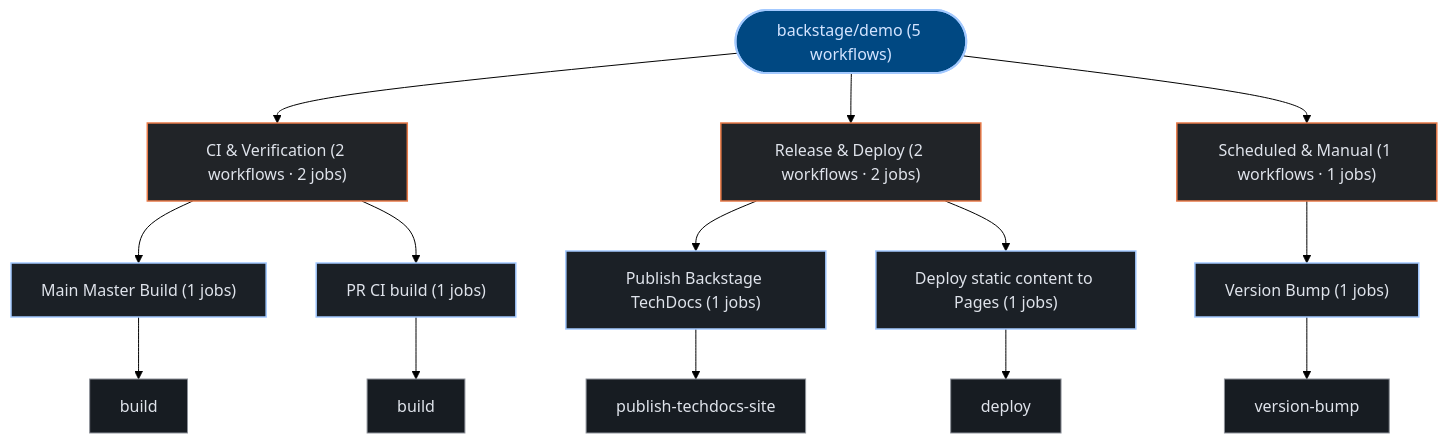
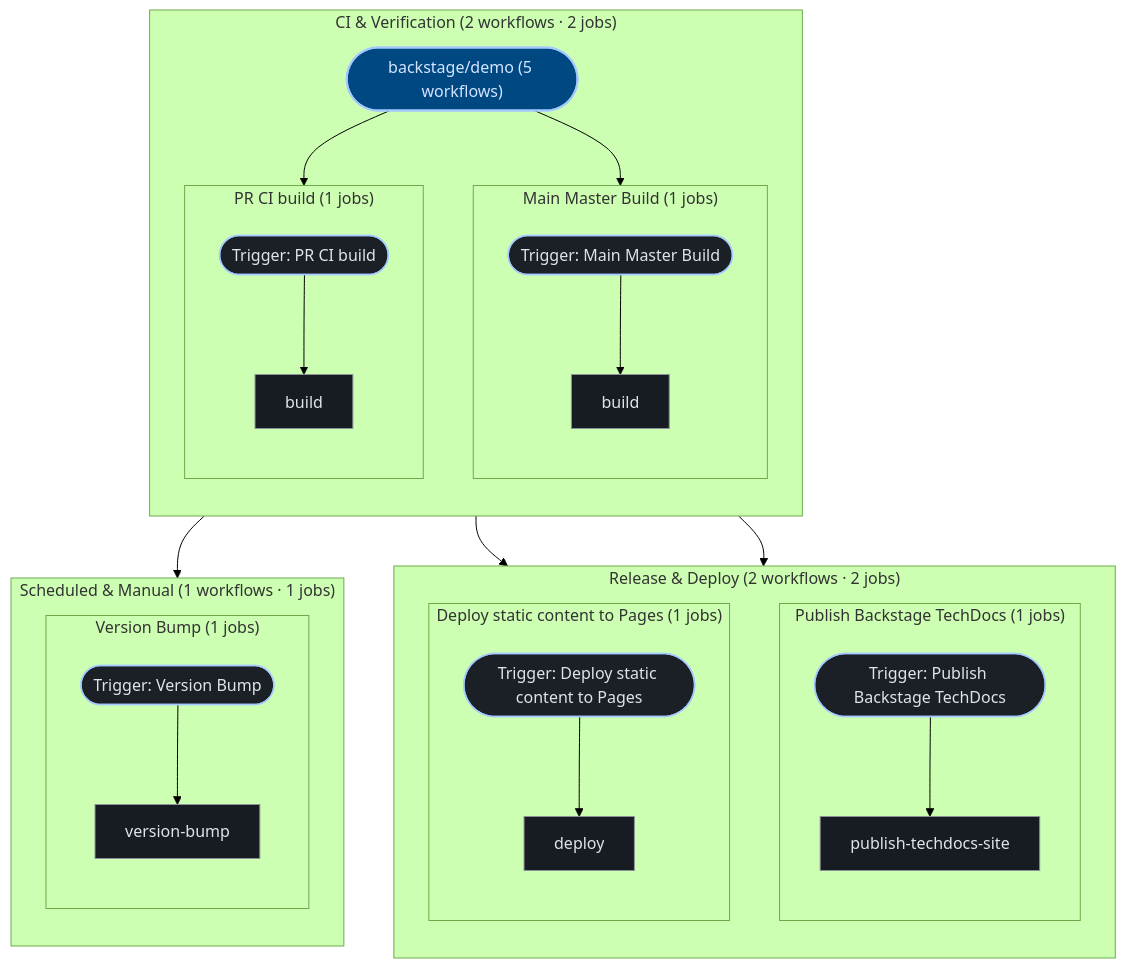
One commit to kumarshaz/atruss-code-atlas changed the third of 3 diagrams in exports/latest/reports/backstage-demo-report.md. Above: the diagram before and after it, drawn with Mermaid (forest theme). The commit also changed 181 other files, not shown here.

````diff
--- a/exports/latest/reports/backstage-demo-report.md
+++ b/exports/latest/reports/backstage-demo-report.md
@@ -205,37 +205,55 @@
 ```mermaid
 graph TD;
   classDef atlasRoot fill:#004882,stroke:#a3c9ff,stroke-width:2px,color:#d3e4ff
   classDef atlasCategory fill:#212428,stroke:#E87A48,stroke-width:1.5px,color:#dfe3eb
   classDef atlasWorkflow fill:#1b2026,stroke:#a3c9ff,stroke-width:1.5px,color:#dfe3eb
   classDef atlasJob fill:#171c22,stroke:#8d9199,stroke-width:1px,color:#dfe3eb
   classDef atlasTarget fill:#005227,stroke:#8bd99b,stroke-width:1.5px,color:#a7f6b6
   classDef atlasAlert fill:#93000a,stroke:#ffb4ab,stroke-width:1.5px,color:#ffdad6
   classDef atlasMore fill:#252a31,stroke:#8d9199,stroke-dasharray:4 4,color:#c3c6cf
   pipeline_root(["backstage/demo (5 workflows)"]):::atlasRoot
-  grp_0_CI___Verification["CI & Verification (2 workflows · 2 jobs)"]:::atlasCategory
-  pipeline_root --> grp_0_CI___Verification
-  wf_0_Main_Master_Build["Main Master Build (1 jobs)"]:::atlasWorkflow
-  grp_0_CI___Verification --> wf_0_Main_Master_Build
-  job_0_build["build"]:::atlasJob
-  wf_0_Main_Master_Build --> job_0_build
-  wf_1_PR_CI_build["PR CI build (1 jobs)"]:::atlasWorkflow
-  grp_0_CI___Verification --> wf_1_PR_CI_build
-  job_1_build["build"]:::atlasJob
-  wf_1_PR_CI_build --> job_1_build
-  grp_1_Release___Deploy["Release & Deploy (2 workflows · 2 jobs)"]:::atlasCategory
-  pipeline_root --> grp_1_Release___Deploy
-  wf_2_Publish_Backstage_TechDocs["Publish Backstage TechDocs (1 jobs)"]:::atlasWorkflow
-  grp_1_Release___Deploy --> wf_2_Publish_Backstage_TechDocs
-  job_2_publish_techdocs_site["publish-techdocs-site"]:::atlasJob
-  wf_2_Publish_Backstage_TechDocs --> job_2_publish_techdocs_site
-  wf_4_Deploy_static_content_to_Pages["Deploy static content to Pages (1 jobs)"]:::atlasWorkflow
-  grp_1_Release___Deploy --> wf_4_Deploy_static_content_to_Pages
-  job_4_deploy["deploy"]:::atlasJob
-  wf_4_Deploy_static_content_to_Pages --> job_4_deploy
-  grp_2_Scheduled___Manual["Scheduled & Manual (1 workflows · 1 jobs)"]:::atlasCategory
-  pipeline_root --> grp_2_Scheduled___Manual
-  wf_3_Version_Bump["Version Bump (1 jobs)"]:::atlasWorkflow
-  grp_2_Scheduled___Manual --> wf_3_Version_Bump
-  job_3_version_bump["version-bump"]:::atlasJob
-  wf_3_Version_Bump --> job_3_version_bump
+  subgraph sg_grp_0_CI___Verification["CI & Verification (2 workflows · 2 jobs)"]
+    direction TB
+    subgraph sg_wf_0_Main_Master_Build["Main Master Build (1 jobs)"]
+      direction TB
+      wf_0_Main_Master_Build(["Trigger: Main Master Build"]):::atlasWorkflow
+      job_0_build["build"]:::atlasJob
+      wf_0_Main_Master_Build --> job_0_build
+    end
+    pipeline_root --> wf_0_Main_Master_Build
+    subgraph sg_wf_1_PR_CI_build["PR CI build (1 jobs)"]
+      direction TB
+      wf_1_PR_CI_build(["Trigger: PR CI build"]):::atlasWorkflow
+      job_1_build["build"]:::atlasJob
+      wf_1_PR_CI_build --> job_1_build
+    end
+    pipeline_root --> wf_1_PR_CI_build
+  end
+  subgraph sg_grp_1_Release___Deploy["Release & Deploy (2 workflows · 2 jobs)"]
+    direction TB
+    subgraph sg_wf_2_Publish_Backstage_TechDocs["Publish Backstage TechDocs (1 jobs)"]
+      direction TB
+      wf_2_Publish_Backstage_TechDocs(["Trigger: Publish Backstage TechDocs"]):::atlasWorkflow
+      job_2_publish_techdocs_site["publish-techdocs-site"]:::atlasJob
+      wf_2_Publish_Backstage_TechDocs --> job_2_publish_techdocs_site
+    end
+    pipeline_root --> wf_2_Publish_Backstage_TechDocs
+    subgraph sg_wf_4_Deploy_static_content_to_Pages["Deploy static content to Pages (1 jobs)"]
+      direction TB
+      wf_4_Deploy_static_content_to_Pages(["Trigger: Deploy static content to Pages"]):::atlasWorkflow
+      job_4_deploy["deploy"]:::atlasJob
+      wf_4_Deploy_static_content_to_Pages --> job_4_deploy
+    end
+    pipeline_root --> wf_4_Deploy_static_content_to_Pages
+  end
+  subgraph sg_grp_2_Scheduled___Manual["Scheduled & Manual (1 workflows · 1 jobs)"]
+    direction TB
+    subgraph sg_wf_3_Version_Bump["Version Bump (1 jobs)"]
+      direction TB
+      wf_3_Version_Bump(["Trigger: Version Bump"]):::atlasWorkflow
+      job_3_version_bump["version-bump"]:::atlasJob
+      wf_3_Version_Bump --> job_3_version_bump
+    end
+    pipeline_root --> wf_3_Version_Bump
+  end
 ```
````
